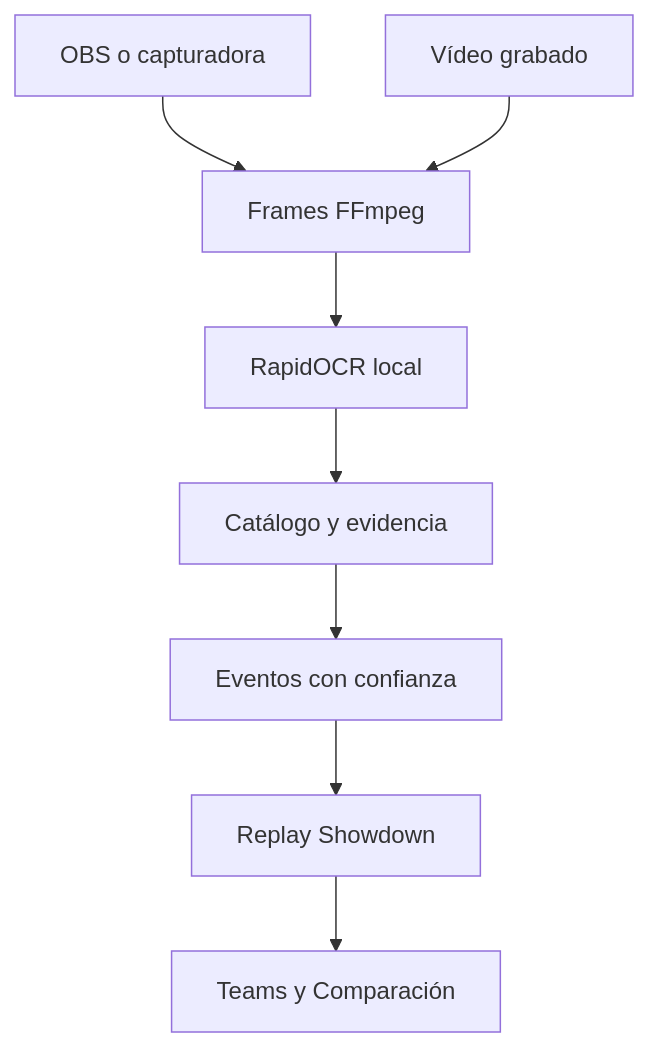
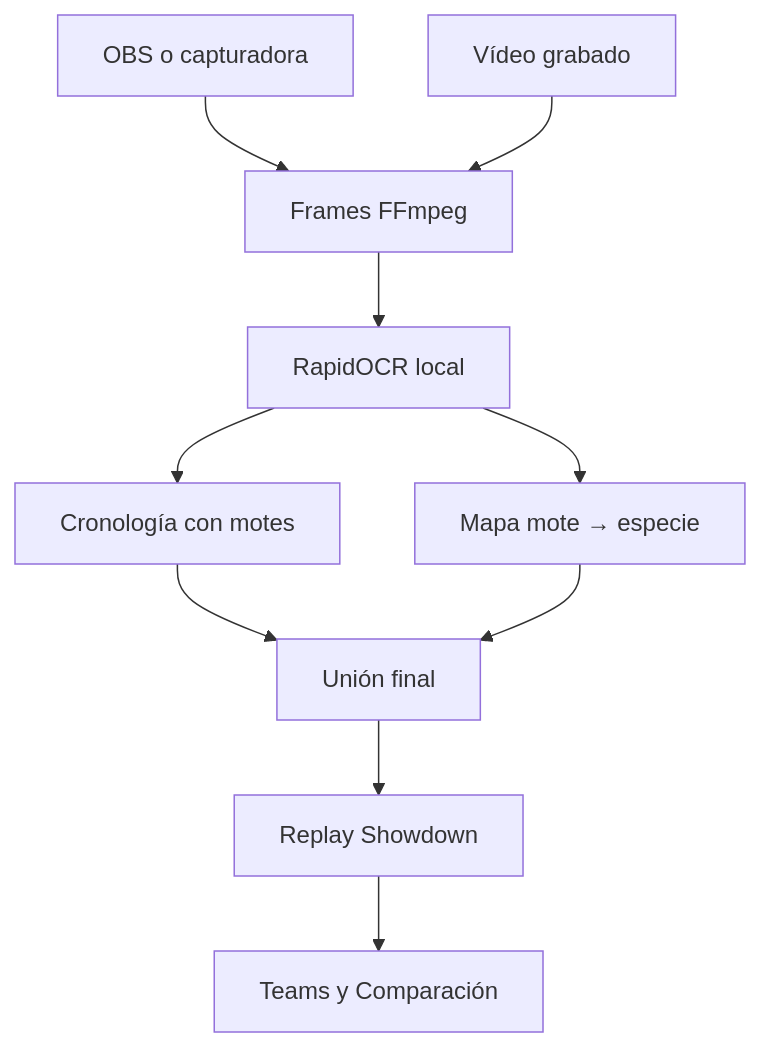
The diagram in docs/champions-replay.md (Iesyo/pkmn), drawn with Mermaid before and after one commit. The commit also changed other lines of this file and 11 other files, not shown here.

````diff
--- a/docs/champions-replay.md
+++ b/docs/champions-replay.md
@@ -11,10 +11,12 @@
 ```mermaid
 flowchart TD
     LIVE[OBS o capturadora] --> FRAMES[Frames FFmpeg]
     VIDEO[Vídeo grabado] --> FRAMES
     FRAMES --> OCR[RapidOCR local]
-    OCR --> RULES[Catálogo y evidencia]
-    RULES --> EVENTS[Eventos con confianza]
-    EVENTS --> REPLAY[Replay Showdown]
+    OCR --> TIMELINE[Cronología con motes]
+    OCR --> ALIASES[Mapa mote → especie]
+    TIMELINE --> JOIN[Unión final]
+    ALIASES --> JOIN
+    JOIN --> REPLAY[Replay Showdown]
     REPLAY --> STATS[Teams y Comparación]
 ```
````
